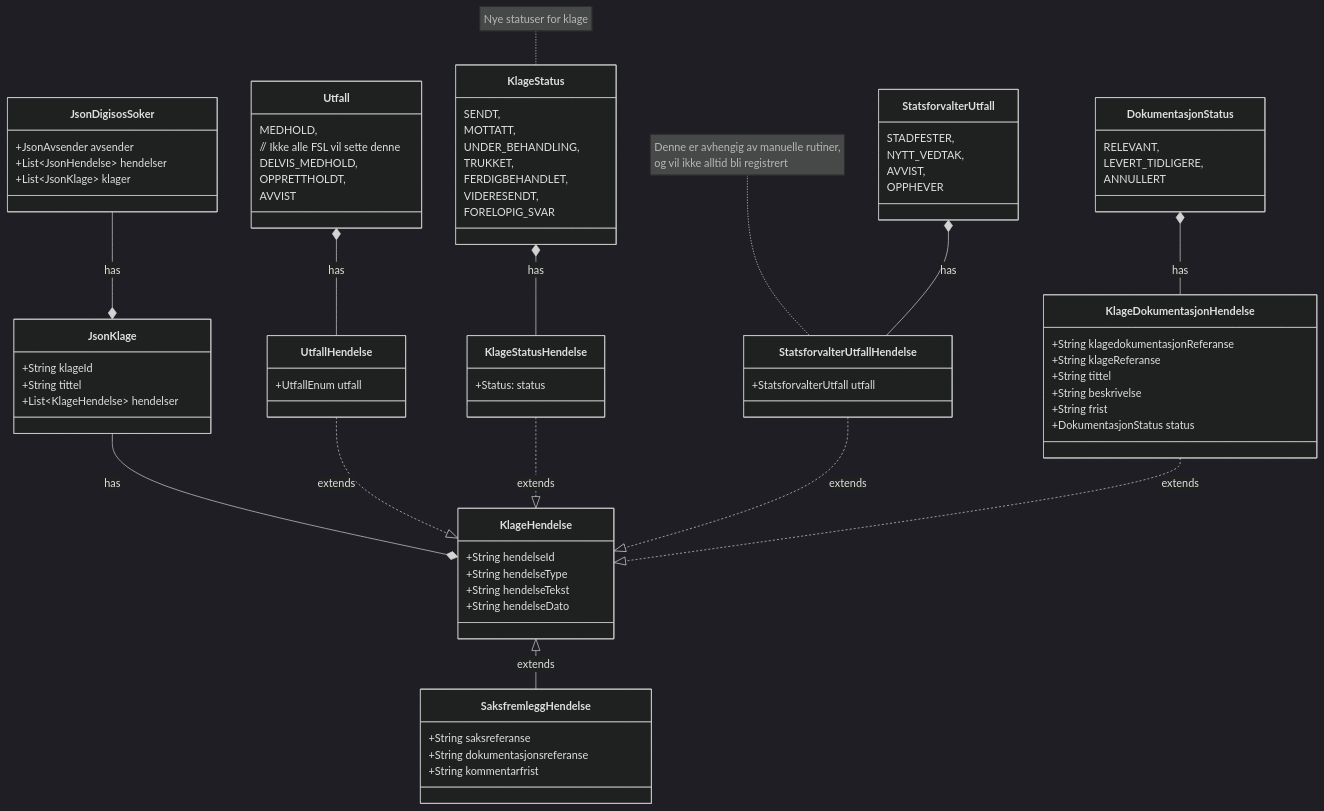
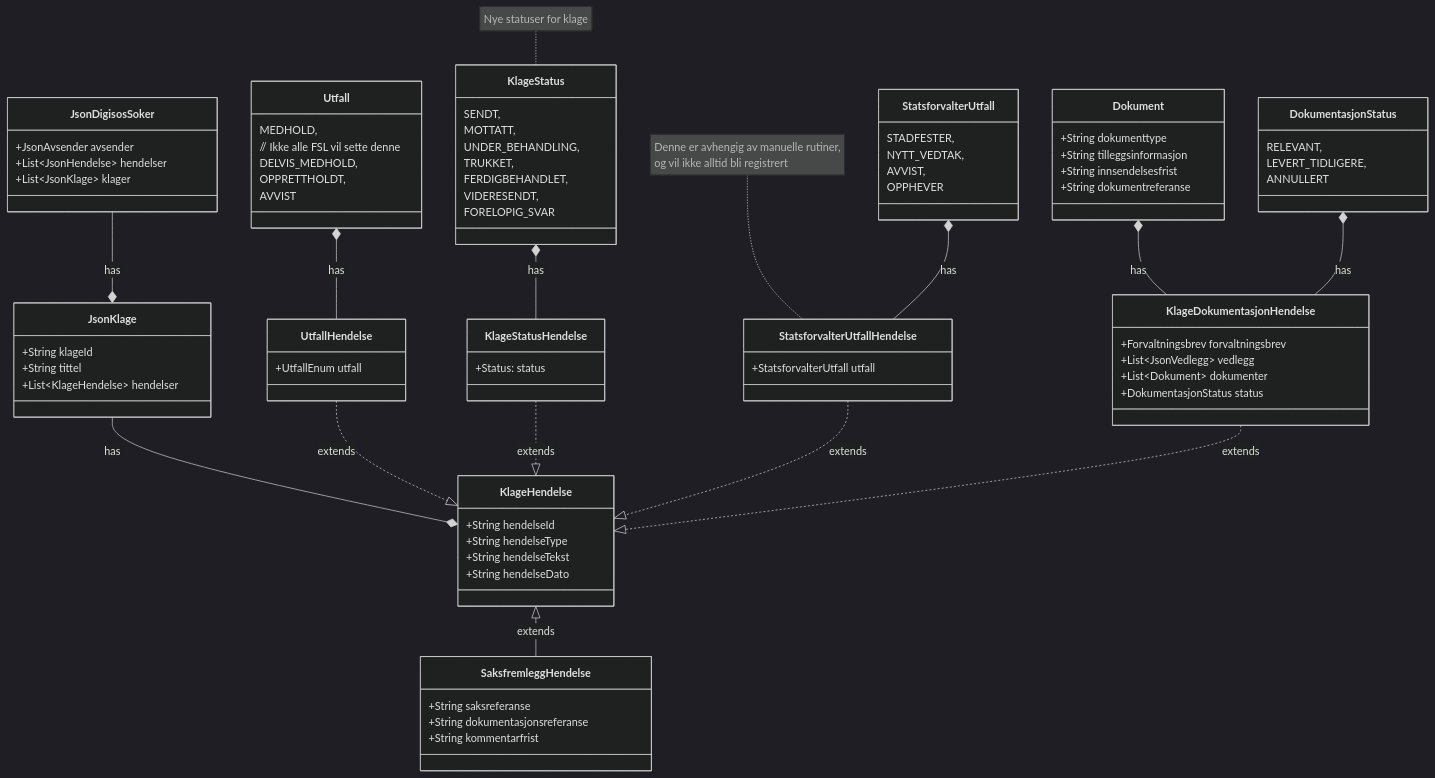
The seventh of 7 diagrams in klage-filformat.md (navikt/soknadsosialhjelp-filformat), drawn with Mermaid (dark theme) before and after one commit. The commit also changed 1 other file, not shown here.

Commit message:
Legg til status på dokumentasjonkrav for klage

```diff
--- a/klage-filformat.md
+++ b/klage-filformat.md
@@ -259,12 +259,18 @@
 
     KlageDokumentasjonHendelse ..|> KlageHendelse: extends
     class KlageDokumentasjonHendelse {
-        +String klagedokumentasjonReferanse
-        +String klageReferanse
-        +String tittel
-        +String beskrivelse
-        +String frist
+        +Forvaltningsbrev forvaltningsbrev
+        +List~JsonVedlegg~ vedlegg
+        +List~Dokument~ dokumenter
         +DokumentasjonStatus status
+    }
+
+    Dokument *-- KlageDokumentasjonHendelse: has
+    class Dokument {
+        +String dokumenttype
+        +String tilleggsinformasjon
+        +String innsendelsesfrist
+        +String dokumentreferanse
     }
 
     DokumentasjonStatus *-- KlageDokumentasjonHendelse: has
```
